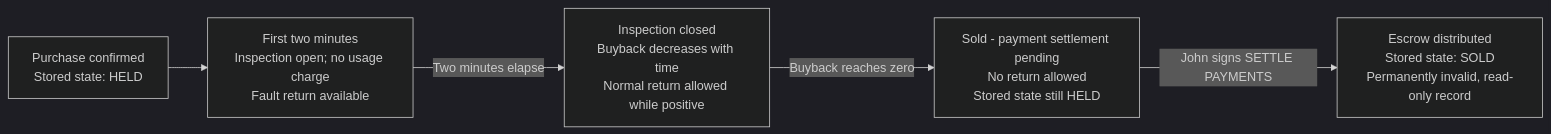
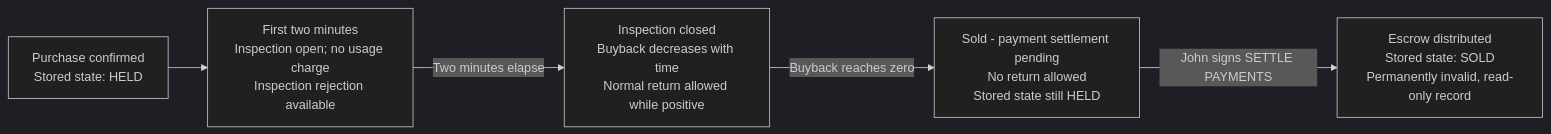
Before and after one commit to towa-hi/sui-kirisame: the fourth of 10 diagrams in docs/project-flows.md, drawn with Mermaid (dark theme). The commit also changed other lines of this file and 6 other files, not shown here.

````diff
--- a/docs/project-flows.md
+++ b/docs/project-flows.md
@@ -88,7 +88,7 @@
 ```mermaid
 flowchart LR
-    Purchase["Purchase confirmed<br/>Stored state: HELD"] --> Inspect["First two minutes<br/>Inspection open; no usage charge<br/>Fault return available"]
+    Purchase["Purchase confirmed<br/>Stored state: HELD"] --> Inspect["First two minutes<br/>Inspection open; no usage charge<br/>Inspection rejection available"]
     Inspect -->|Two minutes elapse| Use["Inspection closed<br/>Buyback decreases with time<br/>Normal return allowed while positive"]
     Use -->|Buyback reaches zero| Effective["Sold - payment settlement pending<br/>No return allowed<br/>Stored state still HELD"]
     Effective -->|John signs SETTLE PAYMENTS| Final["Escrow distributed<br/>Stored state: SOLD<br/>Permanently invalid, read-only record"]
 ```
````
